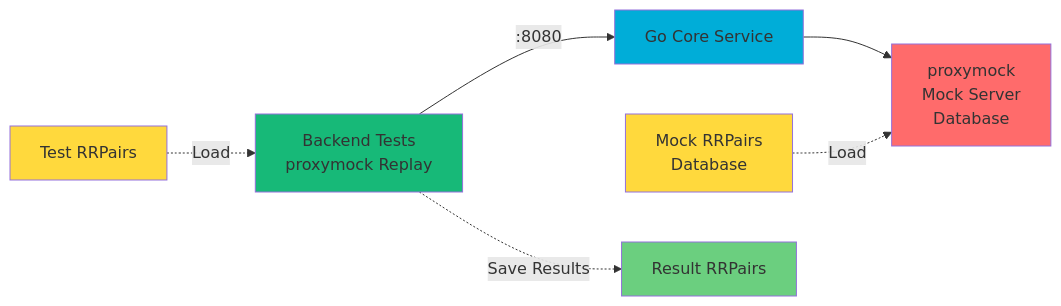
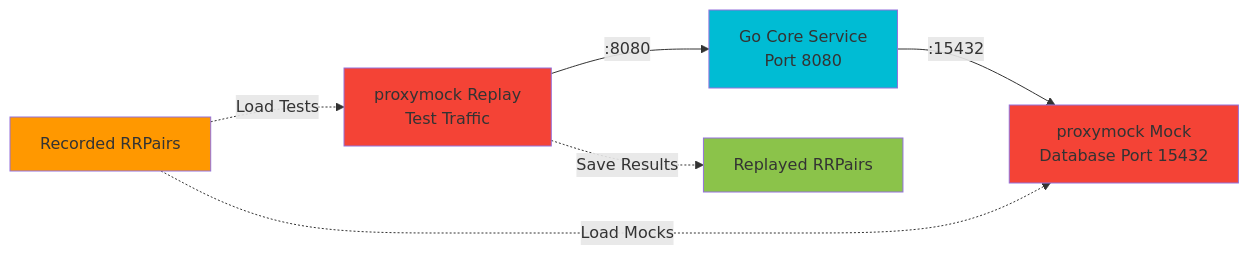
One commit to kenahrens/crm-demo changed the fourth of 4 diagrams in proxymock/instructions.md. Above: the diagram before and after it, drawn with Mermaid. The commit also changed other lines of this file and 1 other file, not shown here.

````diff
--- a/proxymock/instructions.md
+++ b/proxymock/instructions.md
@@ -257,16 +243,15 @@
 ```mermaid
 graph LR
-    Tests[Backend Tests<br/>proxymock Replay] -->|:8080| CoreService[Go Core Service]
-    CoreService --> PMMock[proxymock<br/>Mock Server<br/>Database]
-    
-    TestRRPairs[Test RRPairs] -.->|Load| Tests
-    MockRRPairs[Mock RRPairs<br/>Database] -.->|Load| PMMock
-    Tests -.->|Save Results| ResultRRPairs[Result RRPairs]
-    
-    style Tests fill:#17b978
-    style CoreService fill:#00add8
-    style PMMock fill:#ff6b6b
-    style TestRRPairs fill:#ffd93d
-    style MockRRPairs fill:#ffd93d
-    style ResultRRPairs fill:#6bcf7f
+    PMReplay[proxymock Replay<br/>Test Traffic] -->|:8080| CoreService[Go Core Service<br/>Port 8080]
+    CoreService -->|:15432| PMMock[proxymock Mock<br/>Database Port 15432]
+
+    RecordedFiles[Recorded RRPairs] -.->|Load Tests| PMReplay
+    RecordedFiles -.->|Load Mocks| PMMock
+    PMReplay -.->|Save Results| ReplayedFiles[Replayed RRPairs]
+
+    style PMReplay fill:#F44336
+    style CoreService fill:#00BCD4
+    style PMMock fill:#F44336
+    style RecordedFiles fill:#FF9800
+    style ReplayedFiles fill:#8BC34A
 ```
````
